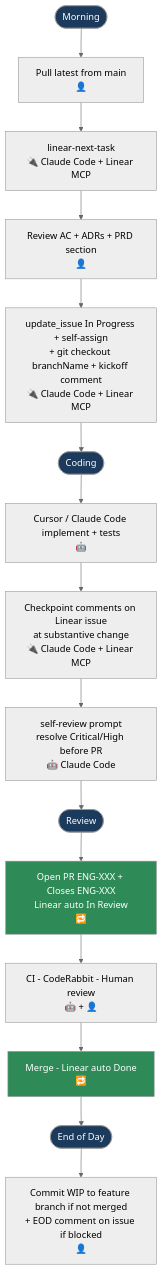
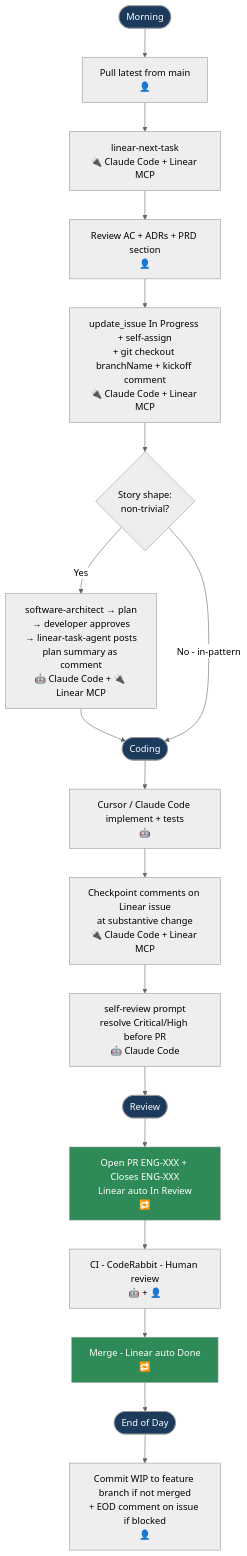
Before and after one commit to kalpat-allion/ai-dlc: the ninth of 9 diagrams in aidlc-phases/03-development/FLOWCHART.md, drawn with Mermaid (neutral theme). The commit also changed other lines of this file and 11 other files, not shown here.

````diff
--- a/aidlc-phases/03-development/FLOWCHART.md
+++ b/aidlc-phases/03-development/FLOWCHART.md
@@ -296,27 +369,30 @@
 ```mermaid
 flowchart TD
     DW_M([Morning]) --> DW_M1[Pull latest from main<br/>👤]
     DW_M1 --> DW_M2[linear-next-task<br/>🔌 Claude Code + Linear MCP]
     DW_M2 --> DW_M3[Review AC + ADRs + PRD section<br/>👤]
     DW_M3 --> DW_M4[update_issue In Progress + self-assign<br/>+ git checkout branchName + kickoff comment<br/>🔌 Claude Code + Linear MCP]
-    DW_M4 --> DW_C([Coding])
+    DW_M4 --> DW_DESIGN{Story shape:<br/>non-trivial?}
+    DW_DESIGN -- Yes --> DW_D1[software-architect → plan<br/>→ developer approves<br/>→ linear-task-agent posts<br/>plan summary as comment<br/>🤖 Claude Code + 🔌 Linear MCP]
+    DW_D1 --> DW_C([Coding])
+    DW_DESIGN -- No - in-pattern --> DW_C
 
     DW_C --> DW_C1[Cursor / Claude Code implement + tests<br/>🤖]
     DW_C1 --> DW_C2[Checkpoint comments on Linear issue<br/>at substantive change<br/>🔌 Claude Code + Linear MCP]
     DW_C2 --> DW_C3[self-review prompt<br/>resolve Critical/High before PR<br/>🤖 Claude Code]
     DW_C3 --> DW_R([Review])
 
     DW_R --> DW_R1[Open PR ENG-XXX + Closes ENG-XXX<br/>Linear auto In Review<br/>🔁]
     DW_R1 --> DW_R2[CI - CodeRabbit - Human review<br/>🤖 + 👤]
     DW_R2 --> DW_R3[Merge - Linear auto Done<br/>🔁]
     DW_R3 --> DW_E([End of Day])
 
     DW_E --> DW_E1[Commit WIP to feature branch if not merged<br/>+ EOD comment on issue if blocked<br/>👤]
 
     style DW_M fill:#1B3A5C,color:#fff
     style DW_C fill:#1B3A5C,color:#fff
     style DW_R fill:#1B3A5C,color:#fff
     style DW_E fill:#1B3A5C,color:#fff
     style DW_R1 fill:#2E8B57,color:#fff
     style DW_R3 fill:#2E8B57,color:#fff
 ```
````
